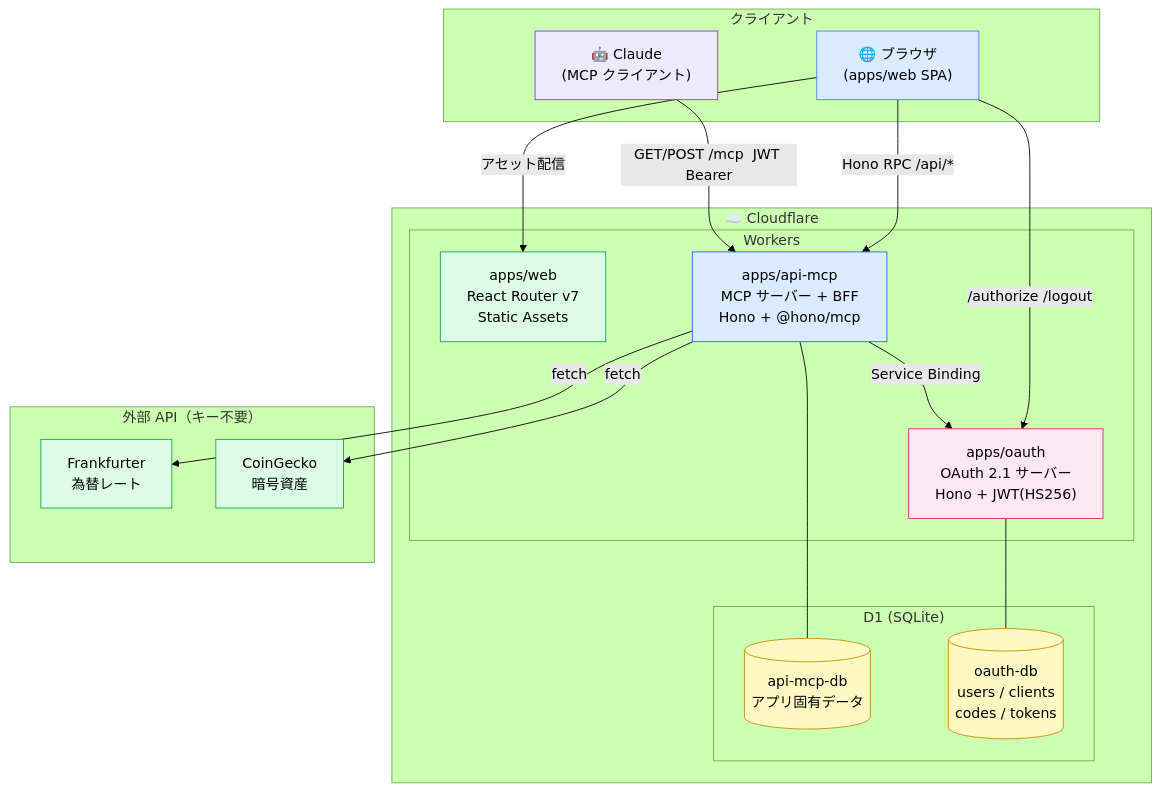
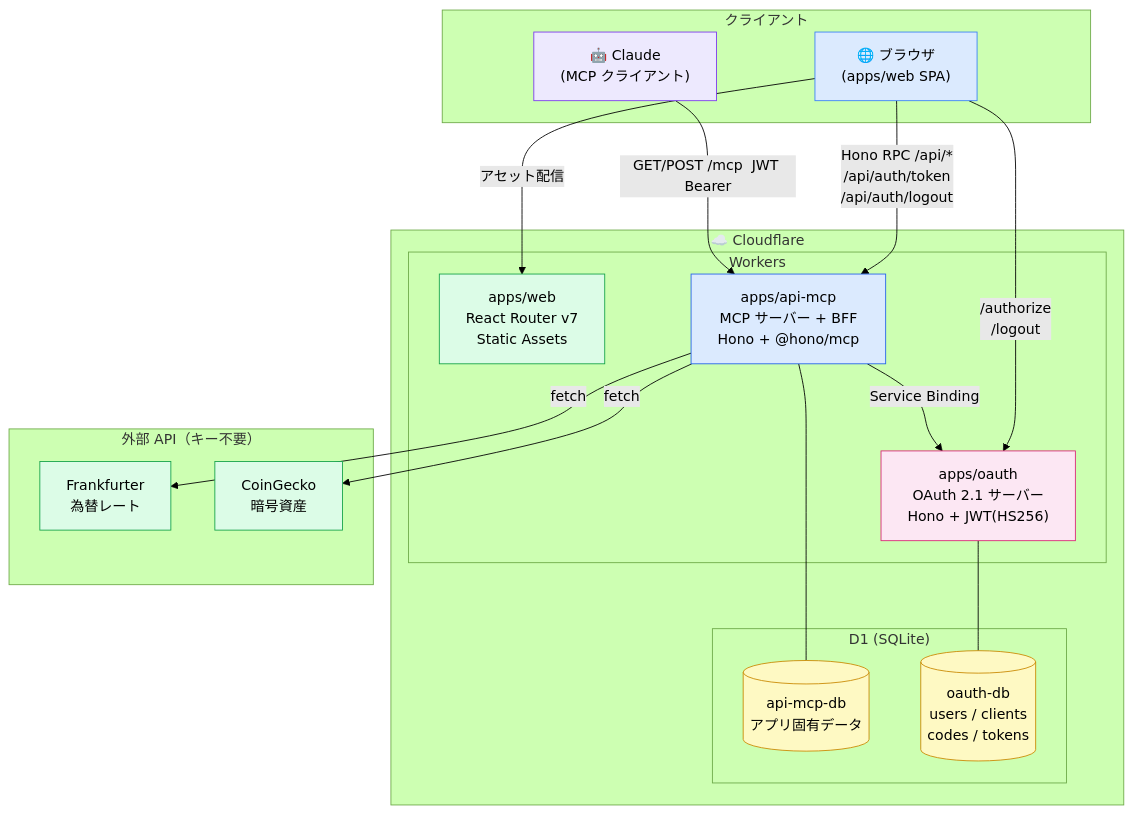
The diagram in README.md (hideaki-kawai/mcp-oauth), drawn with Mermaid (forest theme) before and after one commit.

````diff
--- a/README.md
+++ b/README.md
@@ -128,44 +128,44 @@
 ```mermaid
 graph TB
     subgraph Clients["クライアント"]
         Browser["🌐 ブラウザ <br/> (apps/web SPA)"]
         Claude["🤖 Claude <br/> (MCP クライアント)"]
     end
 
     subgraph CF["☁️ Cloudflare"]
         subgraph Workers["Workers"]
             Web["apps/web<br/>React Router v7<br/>Static Assets"]
             ApiMcp["apps/api-mcp<br/>MCP サーバー + BFF<br/>Hono + @hono/mcp"]
             OAuth["apps/oauth<br/>OAuth 2.1 サーバー<br/>Hono + JWT(HS256)"]
         end
         subgraph D1["D1 (SQLite)"]
             ApiMcpDB[("api-mcp-db<br/>アプリ固有データ")]
             OAuthDB[("oauth-db<br/>users / clients<br/>codes / tokens")]
         end
     end
 
     subgraph Ext["外部 API（キー不要）"]
         Frankfurter["Frankfurter<br/>為替レート"]
         CoinGecko["CoinGecko<br/>暗号資産"]
     end
 
     Browser -->|アセット配信| Web
-    Browser -->|Hono RPC /api/*| ApiMcp
-    Browser -->|/authorize /logout| OAuth
+    Browser -->|Hono RPC /api/* <br/> /api/auth/token <br/> /api/auth/logout| ApiMcp
+    Browser -->|/authorize <br/> /logout| OAuth
     Claude -->|GET/POST /mcp  JWT Bearer| ApiMcp
     ApiMcp -->|Service Binding| OAuth
     ApiMcp --- ApiMcpDB
     OAuth --- OAuthDB
     ApiMcp -->|fetch| Frankfurter
     ApiMcp -->|fetch| CoinGecko
 
     style Browser fill:#dbeafe,stroke:#3b82f6
     style Claude fill:#ede9fe,stroke:#7c3aed
     style Web fill:#dcfce7,stroke:#16a34a
     style ApiMcp fill:#dbeafe,stroke:#2563eb
     style OAuth fill:#fce7f3,stroke:#db2777
     style ApiMcpDB fill:#fef9c3,stroke:#ca8a04
     style OAuthDB fill:#fef9c3,stroke:#ca8a04
     style Frankfurter fill:#dcfce7,stroke:#16a34a
     style CoinGecko fill:#dcfce7,stroke:#16a34a
 ```
````
